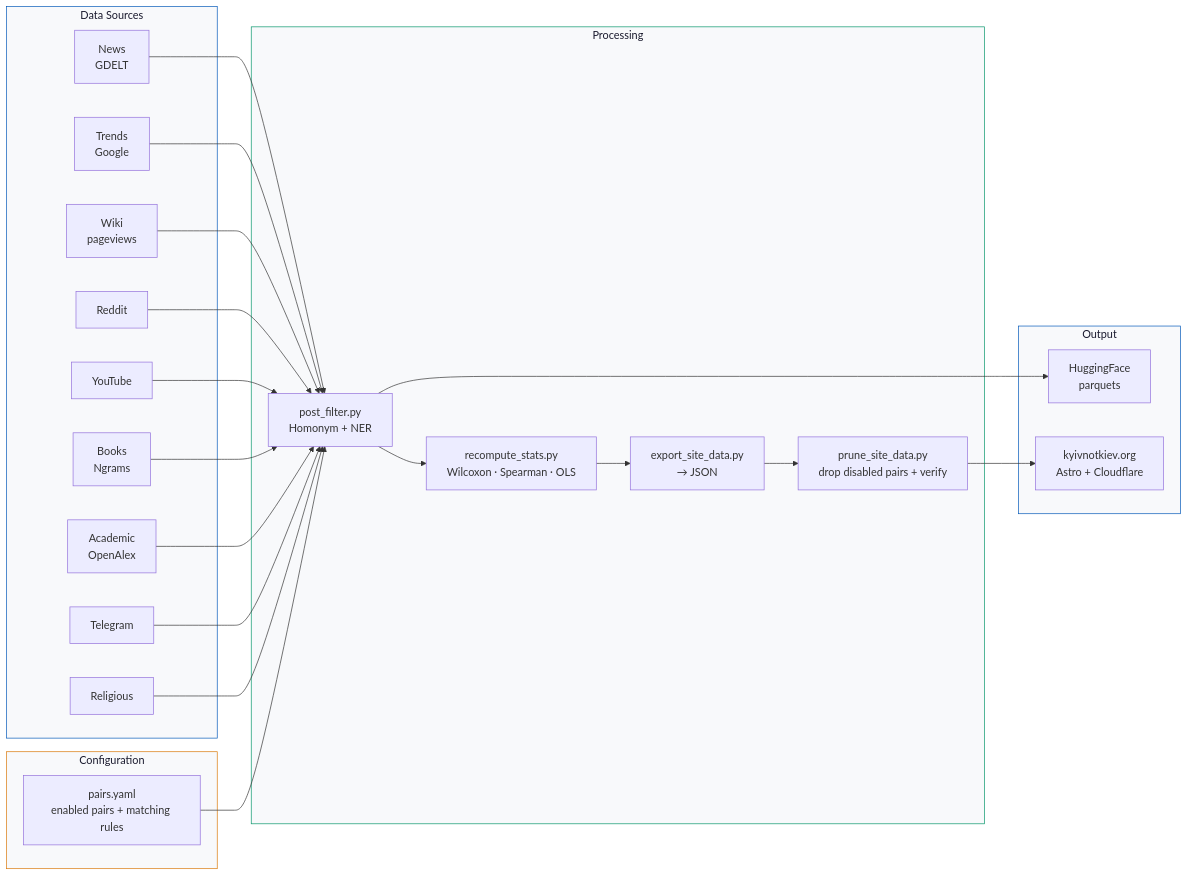
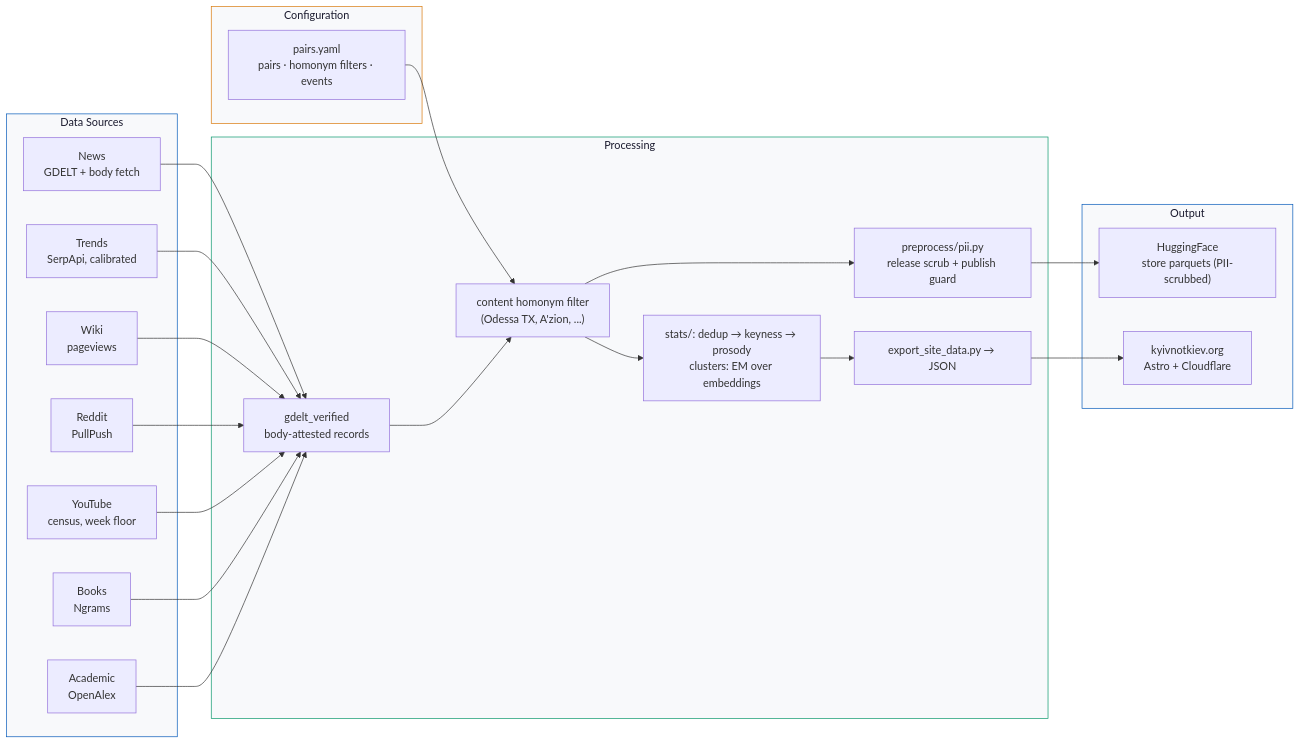
The diagram in README.md (IvanDobrovolsky/kyivnotkiev), drawn with Mermaid before and after one commit. The commit also changed other lines of this file and 16 other files, not shown here.

````diff
--- a/README.md
+++ b/README.md
@@ -64,39 +63,38 @@
 ```mermaid
 graph LR
     subgraph Sources["Data Sources"]
         style Sources fill:#f8f9fb,stroke:#0057B8,color:#1a1a2e
-        GDELT["News<br/>GDELT"]
-        Trends["Trends<br/>Google"]
+        GDELT["News<br/>GDELT + body fetch"]
+        Trends["Trends<br/>SerpApi, calibrated"]
         Wiki["Wiki<br/>pageviews"]
-        Reddit["Reddit"]
-        YT["YouTube"]
+        Reddit["Reddit<br/>PullPush"]
+        YT["YouTube<br/>census, week floor"]
         Ngrams["Books<br/>Ngrams"]
         OA["Academic<br/>OpenAlex"]
-        TG["Telegram"]
-        Rel["Religious"]
     end
 
     subgraph Config["Configuration"]
         style Config fill:#f8f9fb,stroke:#d97706,color:#1a1a2e
-        Pairs["pairs.yaml<br/>enabled pairs + matching rules"]
+        Pairs["pairs.yaml<br/>pairs · homonym filters · events"]
     end
 
     subgraph Processing["Processing"]
         style Processing fill:#f8f9fb,stroke:#059669,color:#1a1a2e
-        PostFilter["post_filter.py<br/>Homonym + NER"]
-        Stats["recompute_stats.py<br/>Wilcoxon · Spearman · OLS"]
-        Export["export_site_data.py<br/>→ JSON"]
-        Prune["prune_site_data.py<br/>drop disabled pairs + verify"]
+        Verify["gdelt_verified<br/>body-attested records"]
+        Homonym["content homonym filter<br/>(Odessa TX, A'zion, ...)"]
+        PII["preprocess/pii.py<br/>release scrub + publish guard"]
+        Stats["stats/: dedup → keyness → prosody<br/>clusters: EM over embeddings"]
+        Export["export_site_data.py → JSON"]
     end
 
     subgraph Output["Output"]
         style Output fill:#f8f9fb,stroke:#0057B8,color:#1a1a2e
-        HF["HuggingFace<br/>parquets"]
+        HF["HuggingFace<br/>store parquets (PII-scrubbed)"]
         Site["kyivnotkiev.org<br/>Astro + Cloudflare"]
     end
 
-    GDELT & Trends & Wiki & Reddit & YT & Ngrams & OA & TG & Rel --> PostFilter
-    Pairs --> PostFilter
-    PostFilter --> Stats --> Export --> Prune --> Site
-    PostFilter --> HF
+    GDELT & Trends & Wiki & Reddit & YT & Ngrams & OA --> Verify
+    Pairs --> Homonym
+    Verify --> Homonym --> Stats --> Export --> Site
+    Homonym --> PII --> HF
 ```
````
